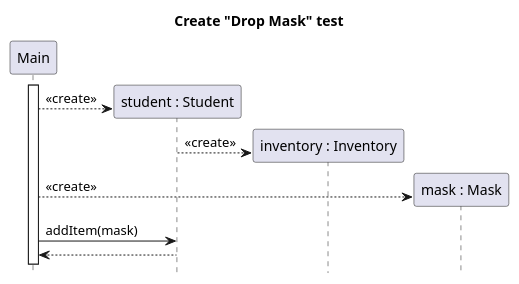
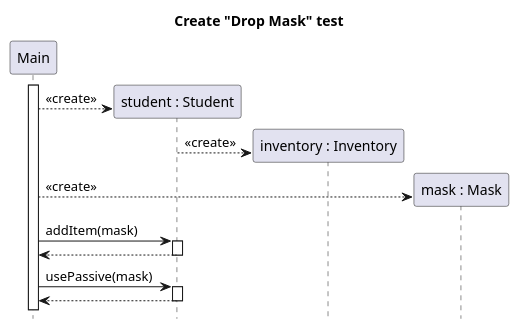
The diagram in docs/diagrams/test-create-sequence/student-drop-mask-create.puml (sn4k3ch4rm3r/logarlec), drawn with PlantUML before and after one commit. The commit also changed 9 other files, not shown here.

Commit message:
Fixed mistakes in create sequences

```diff
--- a/docs/diagrams/test-create-sequence/student-drop-mask-create.puml
+++ b/docs/diagrams/test-create-sequence/student-drop-mask-create.puml
@@ -1,22 +1,24 @@
 @startuml student-drop-mask-create
 
 title Create "Drop Mask" test 
 hide footbox
 
 participant "Main" as main
 participant "student : Student" as stu
 participant "inventory : Inventory" as inv
 participant "mask : Mask" as mask
 
 main++
 create stu
 main --> stu  : <<create>>
 create inv
 stu --> inv : <<create>>
 create mask
 main --> mask : <<create>>
-main -> stu : addItem(mask)
+main -> stu ++: addItem(mask)
+return
+main -> stu ++: usePassive(mask)
 return
 
 
 @enduml
```
